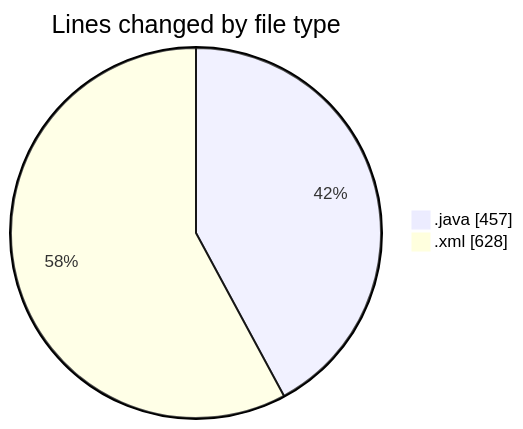
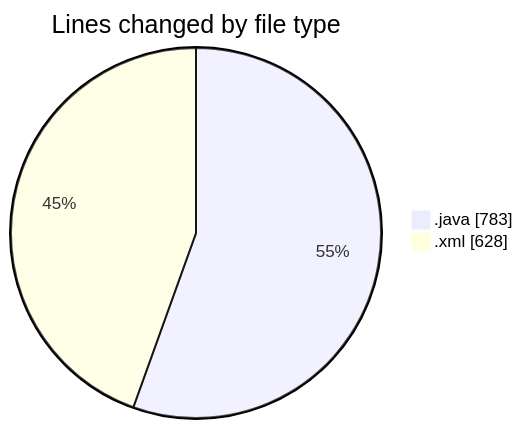
Before and after one commit to charlie-sans/code-tracking: the first of 2 diagrams in 2025-02-26/micros/README.md, drawn with Mermaid. The commit also changed other lines of this file and 1 other file, not shown here.

````diff
--- a/2025-02-26/micros/README.md
+++ b/2025-02-26/micros/README.md
@@ -22,6 +22,6 @@
 ```mermaid
 pie showData
 title Lines changed by file type
-".java" : 457
+".java" : 783
 ".xml" : 628
 ```
````
